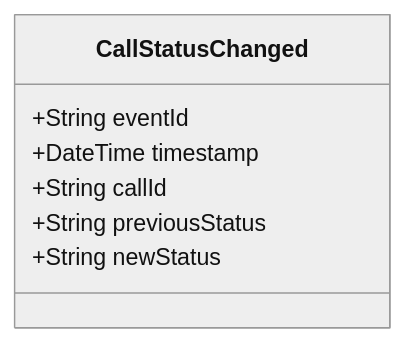
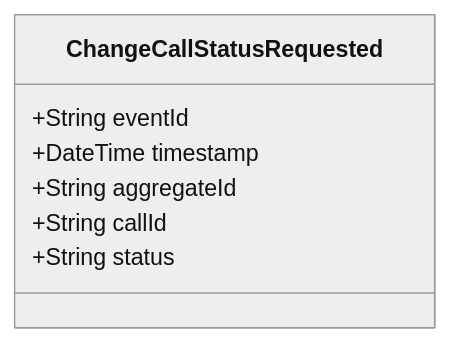
One commit to pgraff/police-system changed the diagram in doc/events/CallStatusChanged.md. Above: the diagram before and after it, drawn with Mermaid (neutral theme). The commit also changed other lines of this file and 58 other files, not shown here.

````diff
--- a/doc/events/CallStatusChanged.md
+++ b/doc/events/CallStatusChanged.md
@@ -9,10 +9,10 @@
 ```mermaid
 classDiagram
-    class CallStatusChanged {
+    class ChangeCallStatusRequested {
         +String eventId
         +DateTime timestamp
+        +String aggregateId
         +String callId
-        +String previousStatus
-        +String newStatus
+        +String status
     }
 ```
````
